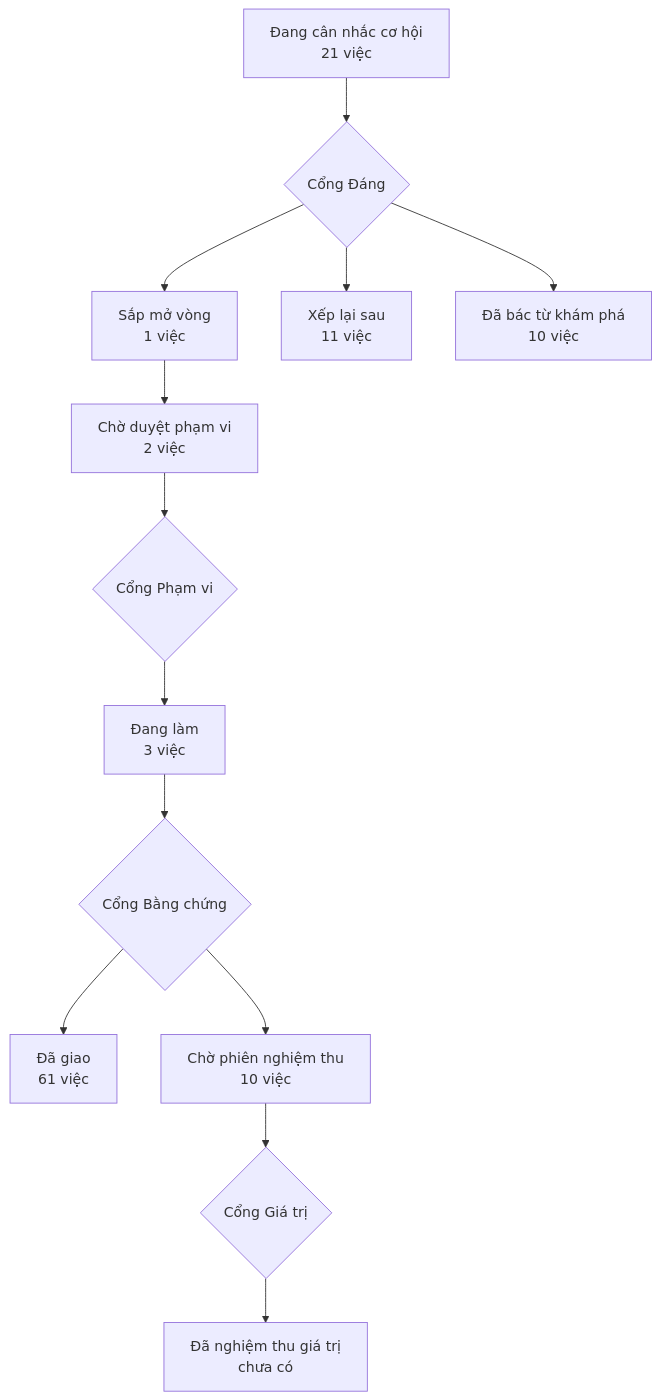
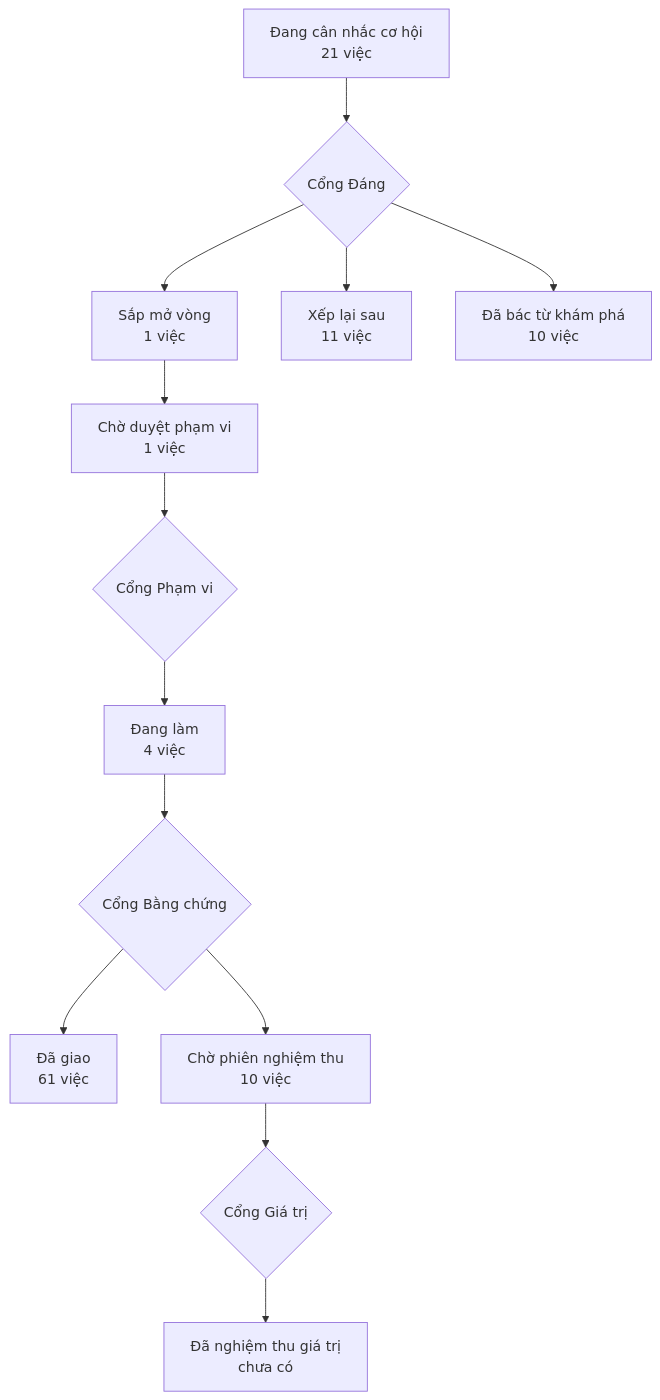
One commit to phanlemanh/acceptance-gate-kit changed the diagram in PRODUCT-MAP.md. Above: the diagram before and after it, drawn with Mermaid. The commit also changed 2 other files, not shown here.

Commit message:
Gate 1 approve: thuoc-co-cua — Mạnh
Owner gõ «duyệt» 17/09: 15 tiêu chí, vạch cắt sau D giữ nguyên, tám ca CỘNG
C1–C8 phê cùng lượt, trần nhát sửa thước giữ ở 3. Seal sổ quyết định dòng 9.

````diff
--- a/PRODUCT-MAP.md
+++ b/PRODUCT-MAP.md
@@ -6,12 +6,12 @@
 ```mermaid
 flowchart TD
   A["Đang cân nhắc cơ hội<br/>21 việc"] --> GD{"Cổng Đáng"}
   GD --> B["Sắp mở vòng<br/>1 việc"]
   GD --> XL["Xếp lại sau<br/>11 việc"]
   GD --> DB["Đã bác từ khám phá<br/>10 việc"]
-  B --> CD["Chờ duyệt phạm vi<br/>2 việc"] --> GP{"Cổng Phạm vi"}
-  GP --> DL["Đang làm<br/>3 việc"] --> GB{"Cổng Bằng chứng"}
+  B --> CD["Chờ duyệt phạm vi<br/>1 việc"] --> GP{"Cổng Phạm vi"}
+  GP --> DL["Đang làm<br/>4 việc"] --> GB{"Cổng Bằng chứng"}
   GB --> DG["Đã giao<br/>61 việc"]
   GB --> CN["Chờ phiên nghiệm thu<br/>10 việc"] --> GG{"Cổng Giá trị"}
   GG --> NT["Đã nghiệm thu giá trị<br/>chưa có"]
 ```
````
